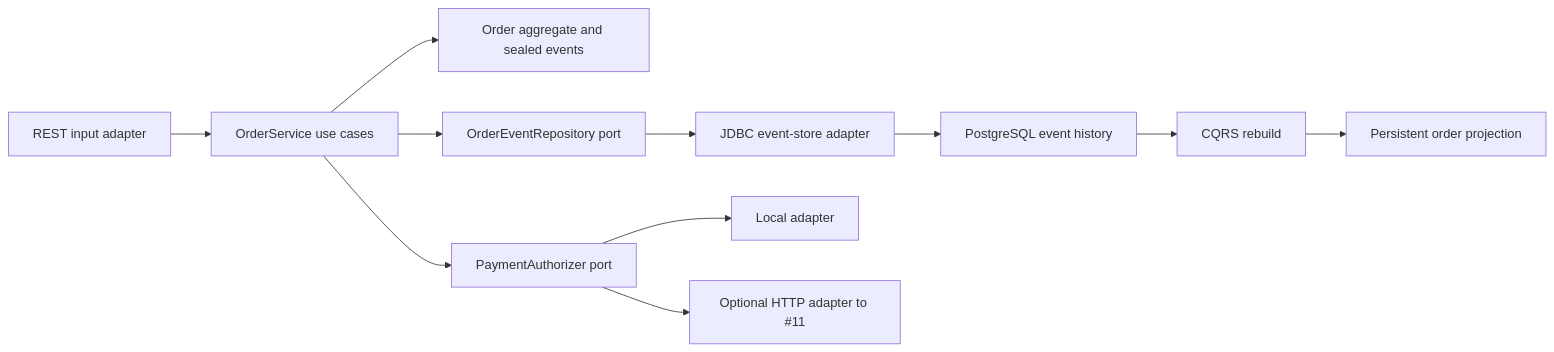
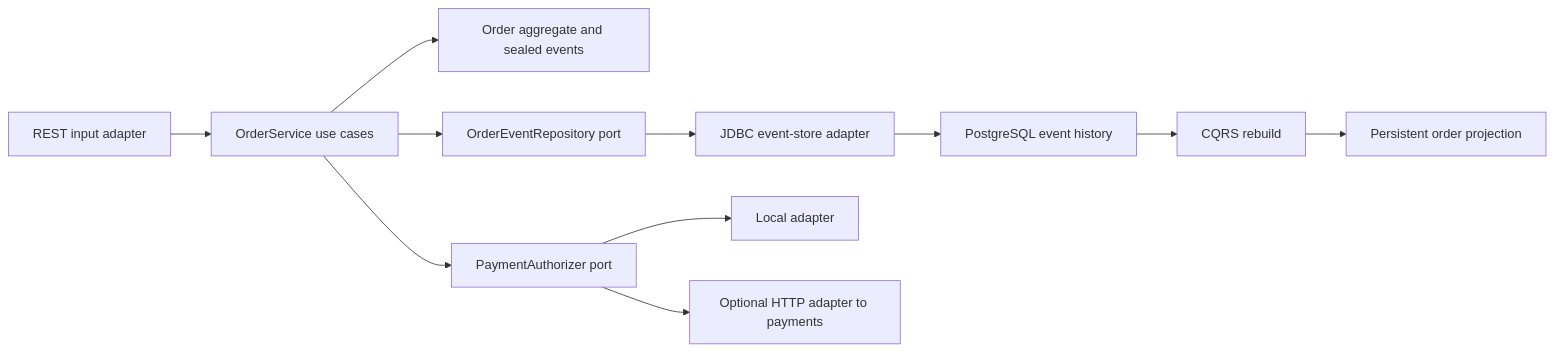
The diagram in README.md (Brilhante29/event-sourcing-orders), drawn with Mermaid before and after one commit. The commit also changed other lines of this file and 2 other files, not shown here.

````diff
--- a/README.md
+++ b/README.md
@@ -83,13 +59,13 @@
 ```mermaid
 flowchart LR
   H["REST input adapter"] --> S["OrderService use cases"]
   S --> D["Order aggregate and sealed events"]
   S --> E["OrderEventRepository port"]
   S --> P["PaymentAuthorizer port"]
   E --> J["JDBC event-store adapter"]
   J --> DB["PostgreSQL event history"]
   P --> L["Local adapter"]
-  P --> X["Optional HTTP adapter to #11"]
+  P --> X["Optional HTTP adapter to payments"]
   DB --> R["CQRS rebuild"]
   R --> Q["Persistent order projection"]
 ```
````
